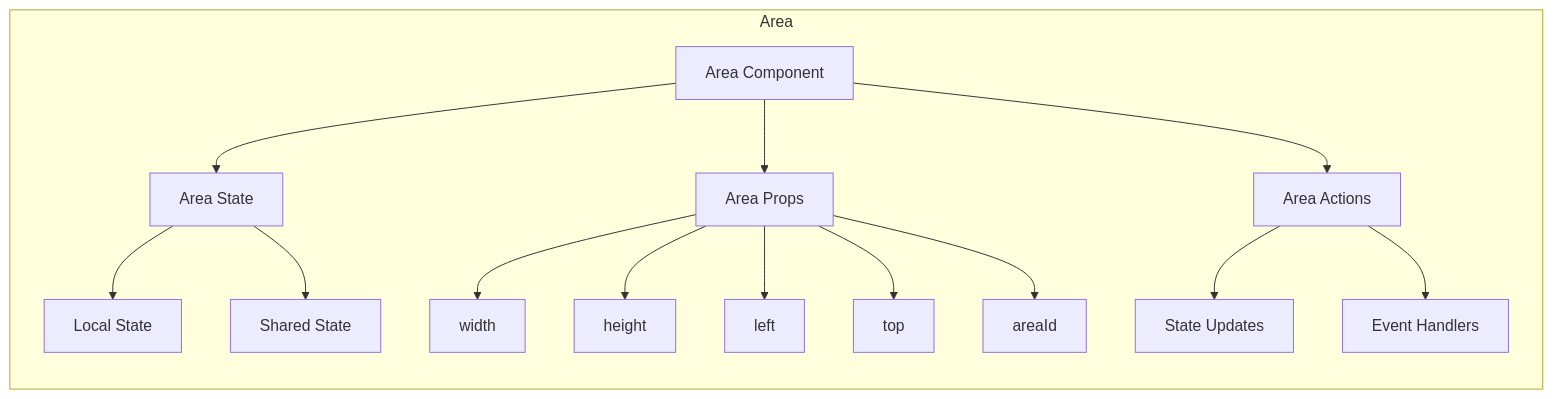
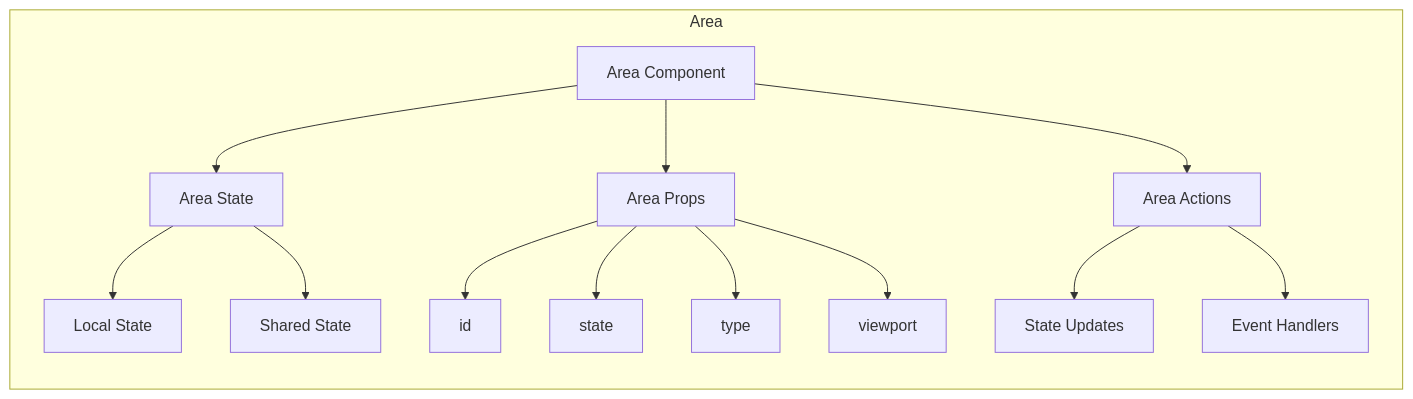
One commit to yannloosli/karmyc changed the fifth of 17 diagrams in docs/CORE_CONCEPTS.md. Above: the diagram before and after it, drawn with Mermaid. The commit also changed 29 other files, not shown here.

````diff
--- a/docs/CORE_CONCEPTS.md
+++ b/docs/CORE_CONCEPTS.md
@@ -140,20 +140,19 @@
 ```mermaid
 graph LR
     subgraph "Area"
         A[Area Component] --> B[Area State]
         A --> C[Area Props]
         A --> D[Area Actions]
         
         B --> E[Local State]
         B --> F[Shared State]
         
-        C --> G[width]
-        C --> H[height]
-        C --> I[left]
-        C --> J[top]
-        C --> K[areaId]
+        C --> G[id]
+        C --> H[state]
+        C --> I[type]
+        C --> J[viewport]
         
         D --> L[State Updates]
         D --> M[Event Handlers]
     end
 ```
````
